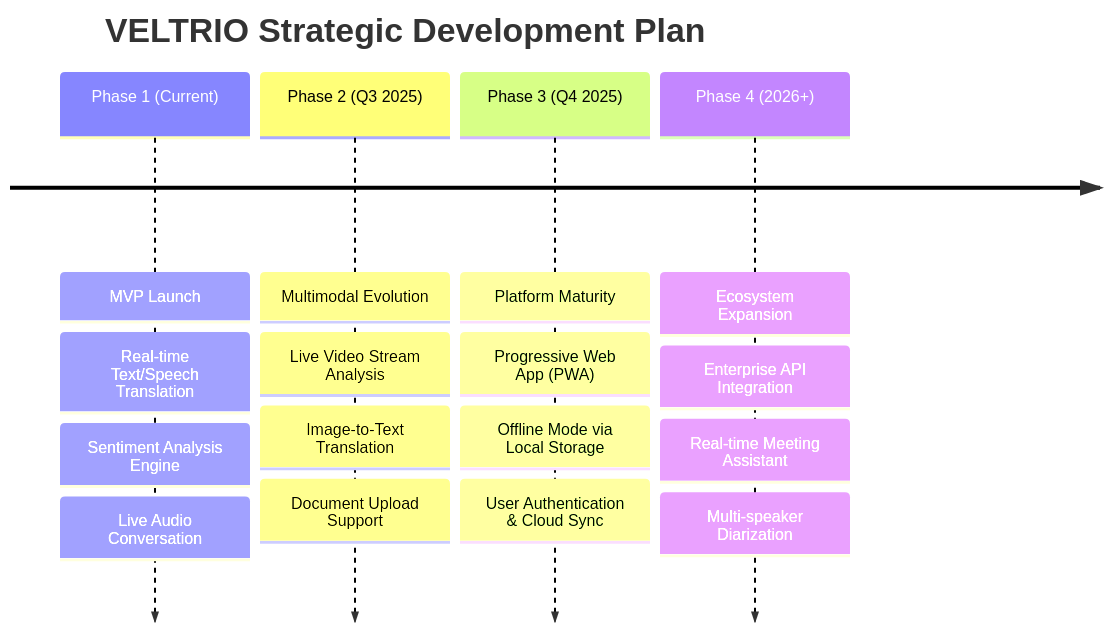
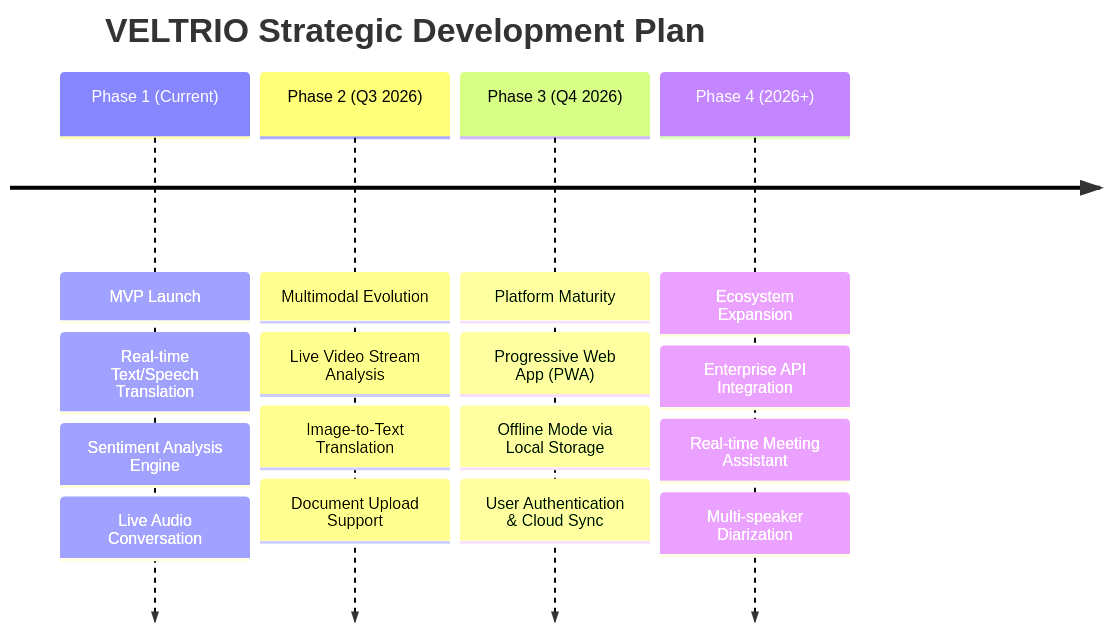
Before and after one commit to OrionGD/VELTRIO: the second of 2 diagrams in README.md, drawn with Mermaid.

Commit message:
Update project timeline phases to 2026

````diff
--- a/README.md
+++ b/README.md
@@ -169,20 +169,20 @@
 ```mermaid
 timeline
     title VELTRIO Strategic Development Plan
     Phase 1 (Current) : MVP Launch
                       : Real-time Text/Speech Translation
                       : Sentiment Analysis Engine
                       : Live Audio Conversation
-    Phase 2 (Q3 2025) : Multimodal Evolution
+    Phase 2 (Q3 2026) : Multimodal Evolution
                       : Live Video Stream Analysis
                       : Image-to-Text Translation
                       : Document Upload Support
-    Phase 3 (Q4 2025) : Platform Maturity
+    Phase 3 (Q4 2026) : Platform Maturity
                       : Progressive Web App (PWA)
                       : Offline Mode via Local Storage
                       : User Authentication & Cloud Sync
     Phase 4 (2026+)   : Ecosystem Expansion
                       : Enterprise API Integration
                       : Real-time Meeting Assistant
                       : Multi-speaker Diarization
 ```
````
